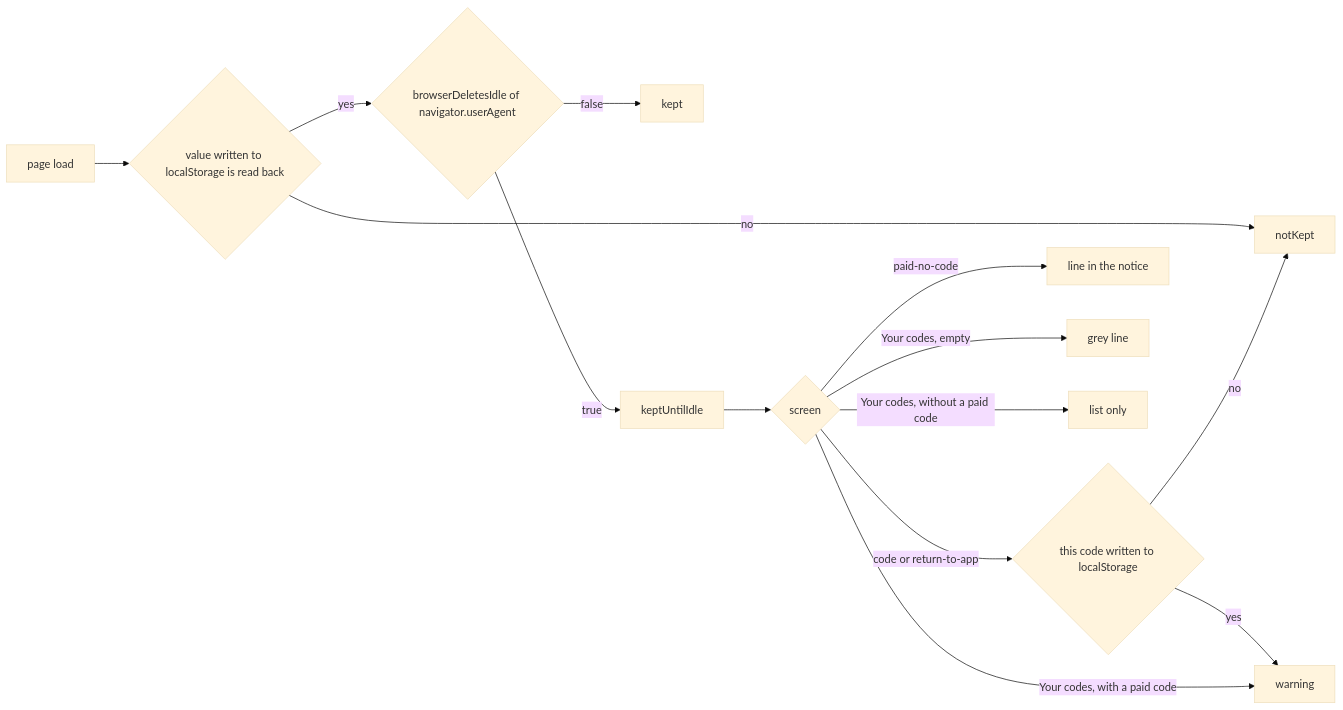
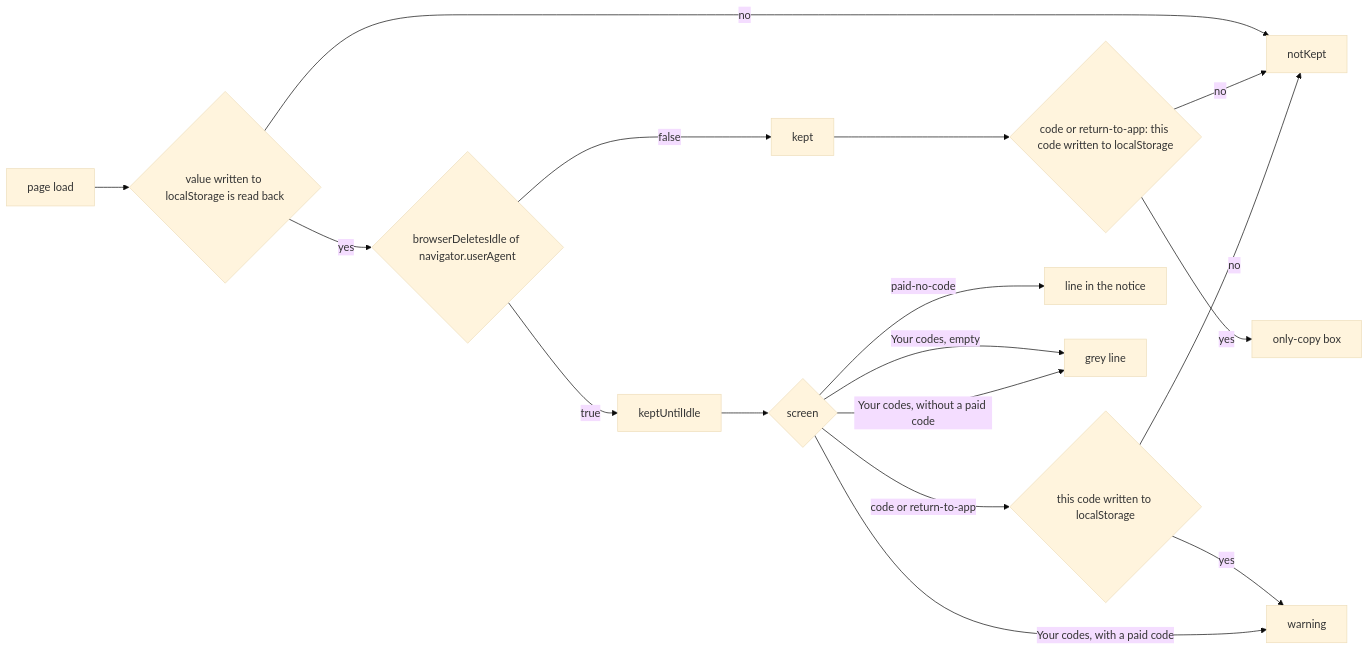
The diagram in plans/2026-11-17-badges-browser-deletes-codes.md (simplex-chat/simplex-chat), drawn with Mermaid (base theme) before and after one commit. The commit also changed other lines of this file, not shown here.

Commit message:
plans: badges deletion line on lists without a paid code

````diff
--- a/plans/2026-11-17-badges-browser-deletes-codes.md
+++ b/plans/2026-11-17-badges-browser-deletes-codes.md
@@ -49,16 +49,19 @@
 ```mermaid
 flowchart LR
   load[page load] --> w0{value written to localStorage is read back}
   w0 -->|no| nk[notKept]
   w0 -->|yes| d{browserDeletesIdle of navigator.userAgent}
   d -->|false| k[kept]
   d -->|true| u[keptUntilIdle]
+  k --> ck{code or return-to-app: this code written to localStorage}
+  ck -->|no| nk
+  ck -->|yes| none[only-copy box]
   u --> s{screen}
   s -->|code or return-to-app| c{this code written to localStorage}
   c -->|yes| box[warning]
   c -->|no| nk
   s -->|paid-no-code| notice[line in the notice]
   s -->|Your codes, empty| grey[grey line]
+  s -->|Your codes, without a paid code| grey
   s -->|Your codes, with a paid code| box
-  s -->|Your codes, without a paid code| plain[list only]
 ```
````
